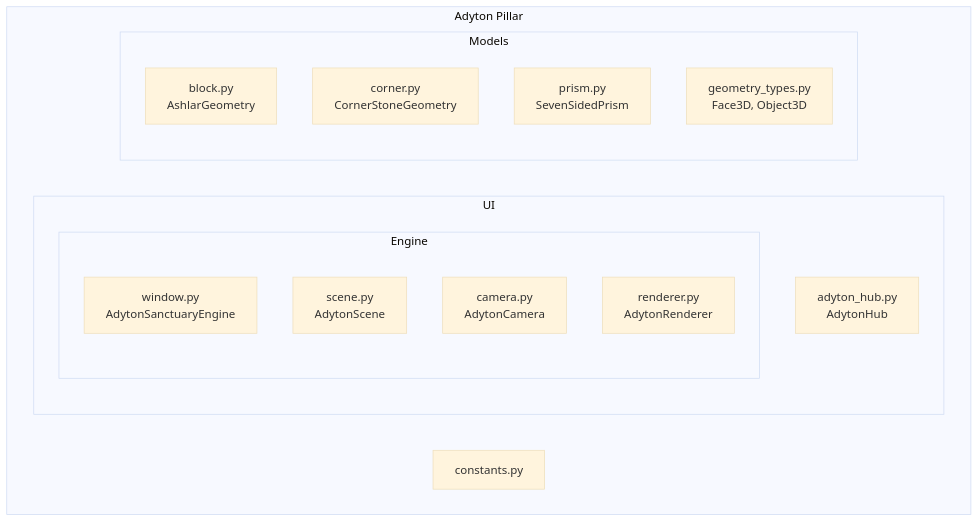
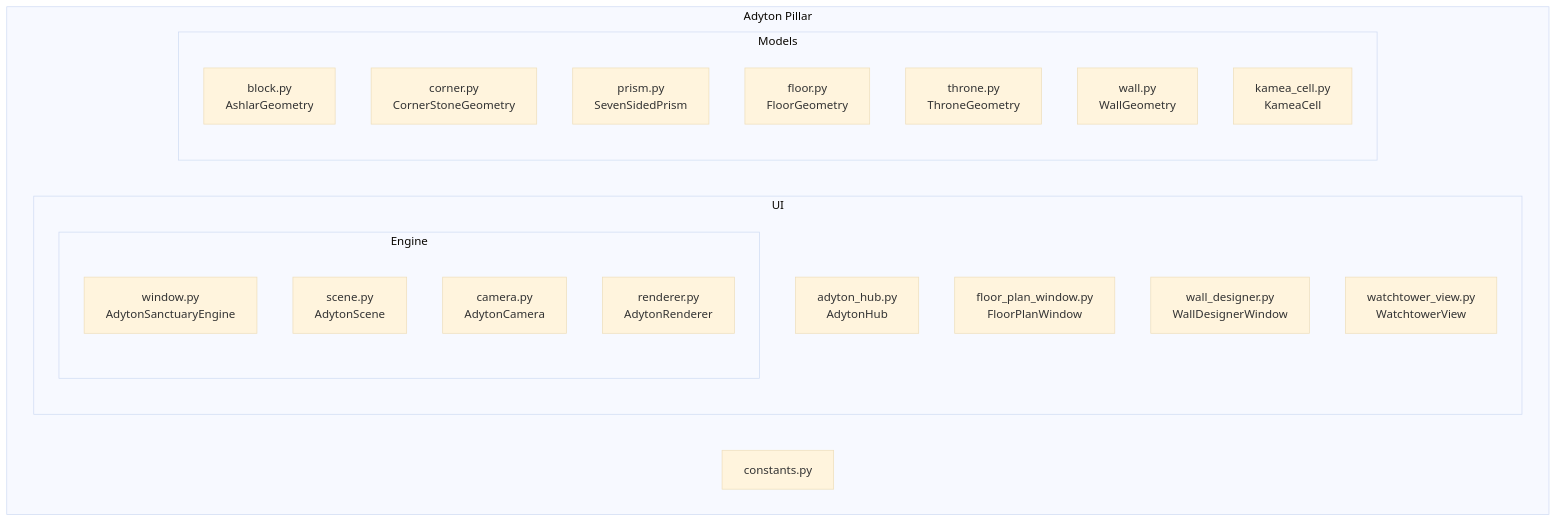
The first of 10 diagrams in .qoder/repowiki/en/content/Architecture Overview/Pillar-Based Architecture/Adyton Pillar/Adyton Pillar.md (TheDaniel166/IsopGem), drawn with Mermaid (base theme) before and after one commit. The commit also changed other lines of this file and 29 other files, not shown here.

````diff
--- a/.qoder/repowiki/en/content/Architecture Overview/Pillar-Based Architecture/Adyton Pillar/Adyton Pillar.md
+++ b/.qoder/repowiki/en/content/Architecture Overview/Pillar-Based Architecture/Adyton Pillar/Adyton Pillar.md
@@ -36,21 +52,27 @@
 ```mermaid
 graph TB
 subgraph "Adyton Pillar"
 subgraph "UI"
 subgraph "Engine"
 window["window.py<br/>AdytonSanctuaryEngine"]
 scene["scene.py<br/>AdytonScene"]
 camera["camera.py<br/>AdytonCamera"]
 renderer["renderer.py<br/>AdytonRenderer"]
 end
 hub["adyton_hub.py<br/>AdytonHub"]
+floor_plan["floor_plan_window.py<br/>FloorPlanWindow"]
+wall_designer["wall_designer.py<br/>WallDesignerWindow"]
+watchtower["watchtower_view.py<br/>WatchtowerView"]
 end
 subgraph "Models"
 block["block.py<br/>AshlarGeometry"]
 corner["corner.py<br/>CornerStoneGeometry"]
 prism["prism.py<br/>SevenSidedPrism"]
-geometry_types["geometry_types.py<br/>Face3D, Object3D"]
+floor["floor.py<br/>FloorGeometry"]
+throne["throne.py<br/>ThroneGeometry"]
+wall["wall.py<br/>WallGeometry"]
+kamea_cell["kamea_cell.py<br/>KameaCell"]
 end
 constants["constants.py"]
 end
 ```
````
